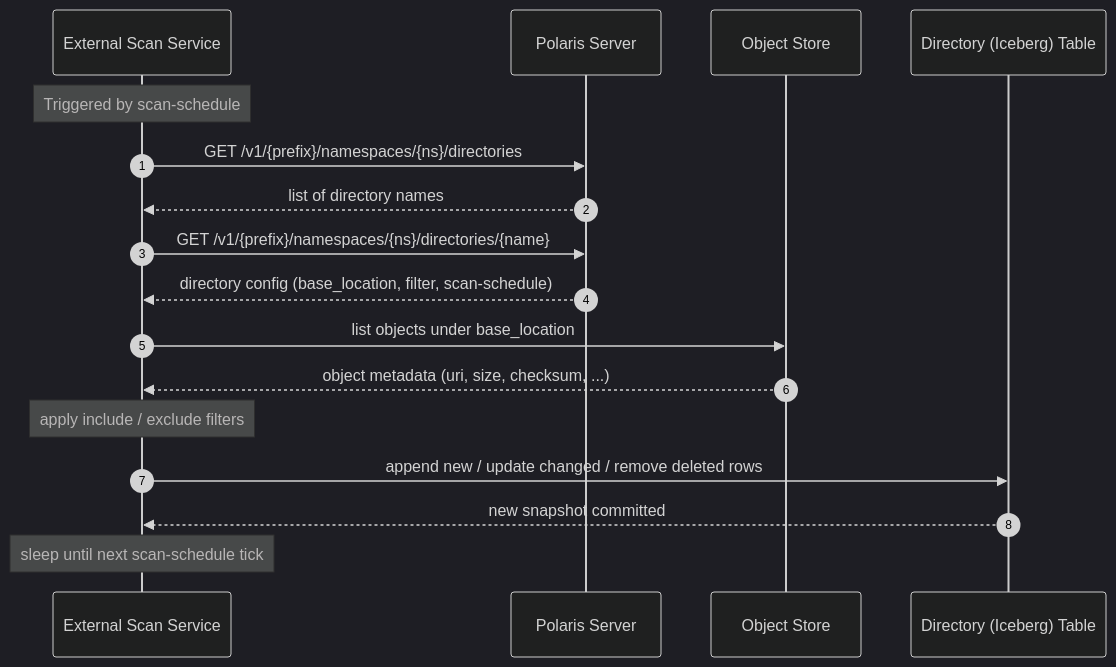
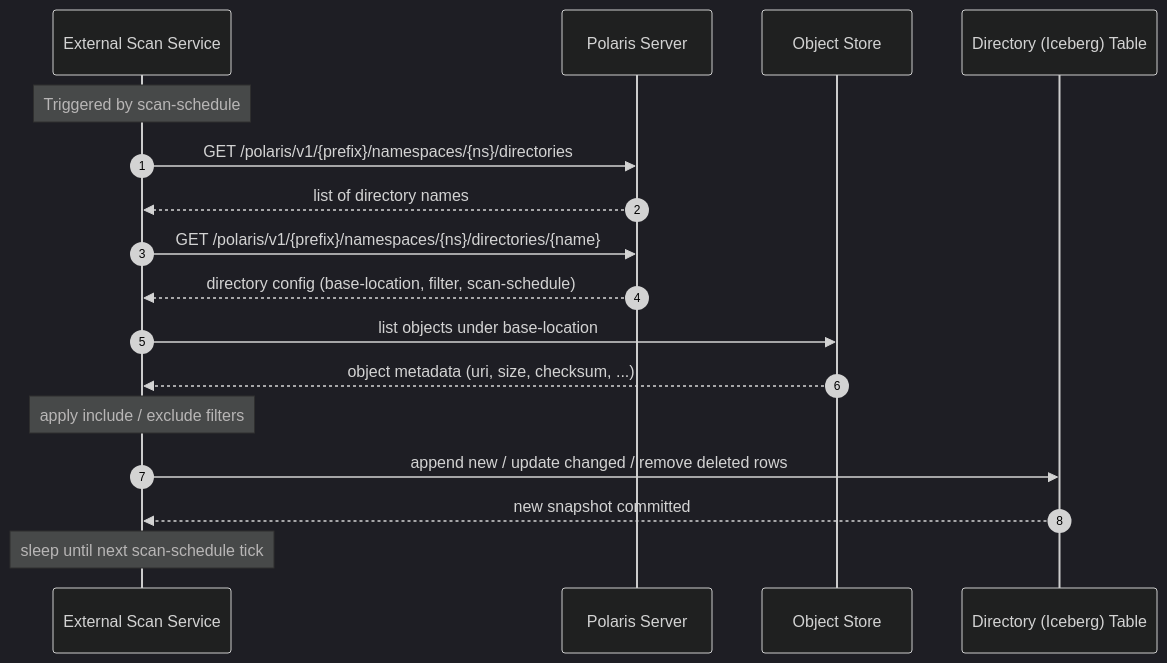
Before and after one commit to apache/polaris: the diagram in site/content/in-dev/unreleased/directories.md, drawn with Mermaid (dark theme). The commit also changed other lines of this file and 1 other file, not shown here.

First line of the commit message:
Address review comments on the Directories spec and documentation

````diff
--- a/site/content/in-dev/unreleased/directories.md
+++ b/site/content/in-dev/unreleased/directories.md
@@ -228,23 +228,23 @@
 ```mermaid
 sequenceDiagram
     autonumber
     participant Scanner as External Scan Service
     participant Polaris as Polaris Server
     participant Store as Object Store
     participant Table as Directory (Iceberg) Table
 
     Note over Scanner: Triggered by scan-schedule
-    Scanner->>Polaris: GET /v1/{prefix}/namespaces/{ns}/directories
+    Scanner->>Polaris: GET /polaris/v1/{prefix}/namespaces/{ns}/directories
     Polaris-->>Scanner: list of directory names
-    Scanner->>Polaris: GET /v1/{prefix}/namespaces/{ns}/directories/{name}
-    Polaris-->>Scanner: directory config (base_location, filter, scan-schedule)
+    Scanner->>Polaris: GET /polaris/v1/{prefix}/namespaces/{ns}/directories/{name}
+    Polaris-->>Scanner: directory config (base-location, filter, scan-schedule)
 
-    Scanner->>Store: list objects under base_location
+    Scanner->>Store: list objects under base-location
     Store-->>Scanner: object metadata (uri, size, checksum, ...)
     Note over Scanner: apply include / exclude filters
 
     Scanner->>Table: append new / update changed / remove deleted rows
     Table-->>Scanner: new snapshot committed
 
     Note over Scanner: sleep until next scan-schedule tick
 ```
````
